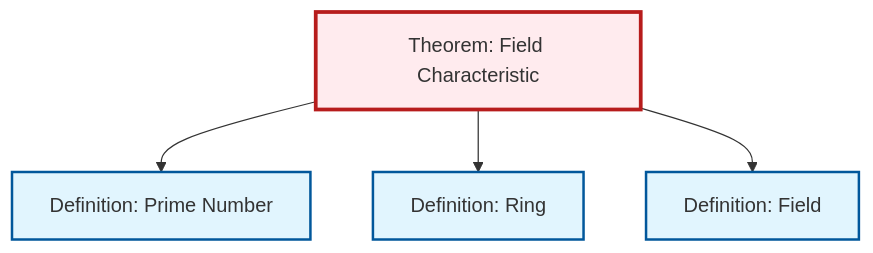
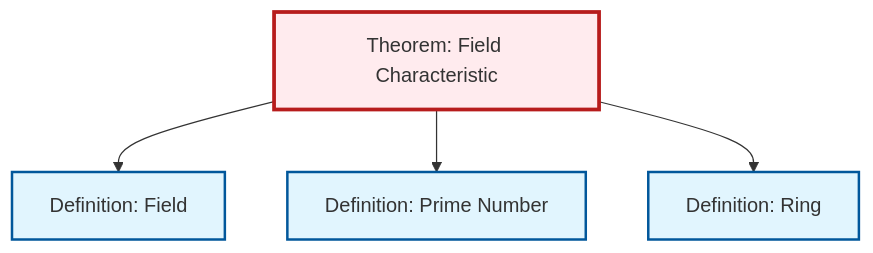
One commit to RK0429/ModernMath changed the diagram in content/en/algebra/thm-field-characteristic.qmd. Above: the diagram before and after it, drawn with Mermaid. The commit also changed other lines of this file and 554 other files, not shown here.

````diff
--- a/content/en/algebra/thm-field-characteristic.qmd
+++ b/content/en/algebra/thm-field-characteristic.qmd
@@ -53,20 +53,20 @@
 ```{mermaid}
 %%| fig-cap: "Local dependency graph"
 graph TD
     classDef definition fill:#e1f5fe,stroke:#01579b,stroke-width:2px
     classDef theorem fill:#f3e5f5,stroke:#4a148c,stroke-width:2px
     classDef axiom fill:#fff3e0,stroke:#e65100,stroke-width:2px
     classDef example fill:#e8f5e9,stroke:#1b5e20,stroke-width:2px
     classDef current fill:#ffebee,stroke:#b71c1c,stroke-width:3px
+    thm-field-characteristic["Theorem: Field Characteristic"]:::theorem
+    def-field["Definition: Field"]:::definition
+    def-prime["Definition: Prime Number"]:::definition
     def-ring["Definition: Ring"]:::definition
-    thm-field-characteristic["Theorem: Field Characteristic"]:::theorem
-    def-prime["Definition: Prime Number"]:::definition
-    def-field["Definition: Field"]:::definition
+    thm-field-characteristic --> def-field
     thm-field-characteristic --> def-prime
     thm-field-characteristic --> def-ring
-    thm-field-characteristic --> def-field
     class thm-field-characteristic current
+    click def-field "def-field.html" "Go to Field definition"
+    click def-prime "def-prime.html" "Go to Prime Number definition"
     click def-ring "def-ring.html" "Go to Ring definition"
-    click def-prime "def-prime.html" "Go to Prime Number definition"
-    click def-field "def-field.html" "Go to Field definition"
 ```
````
